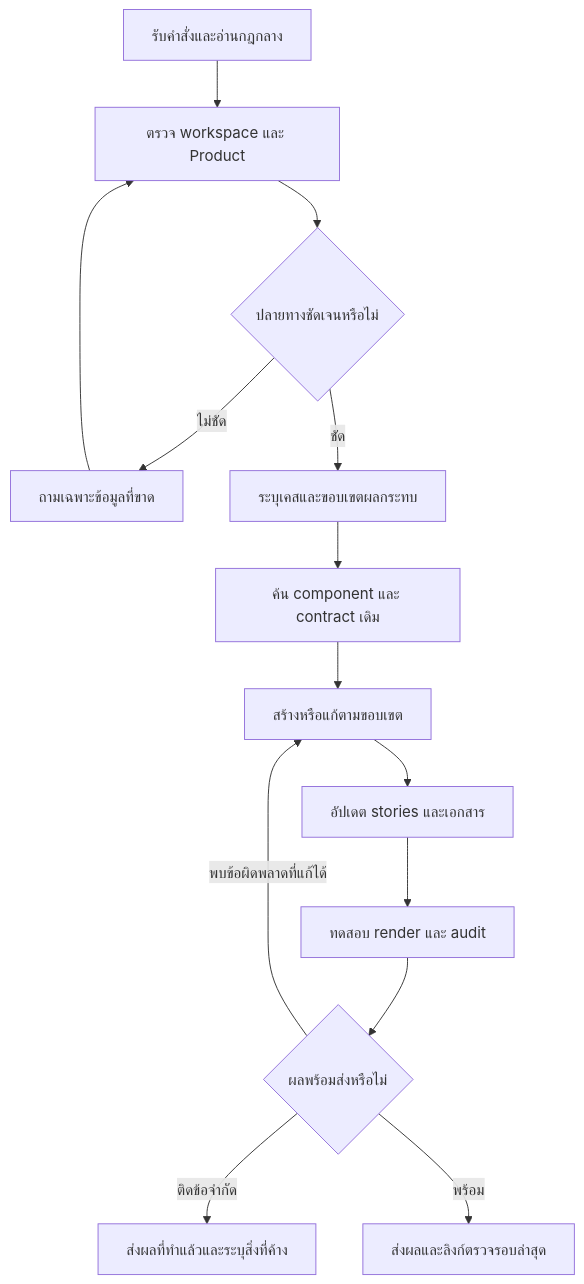
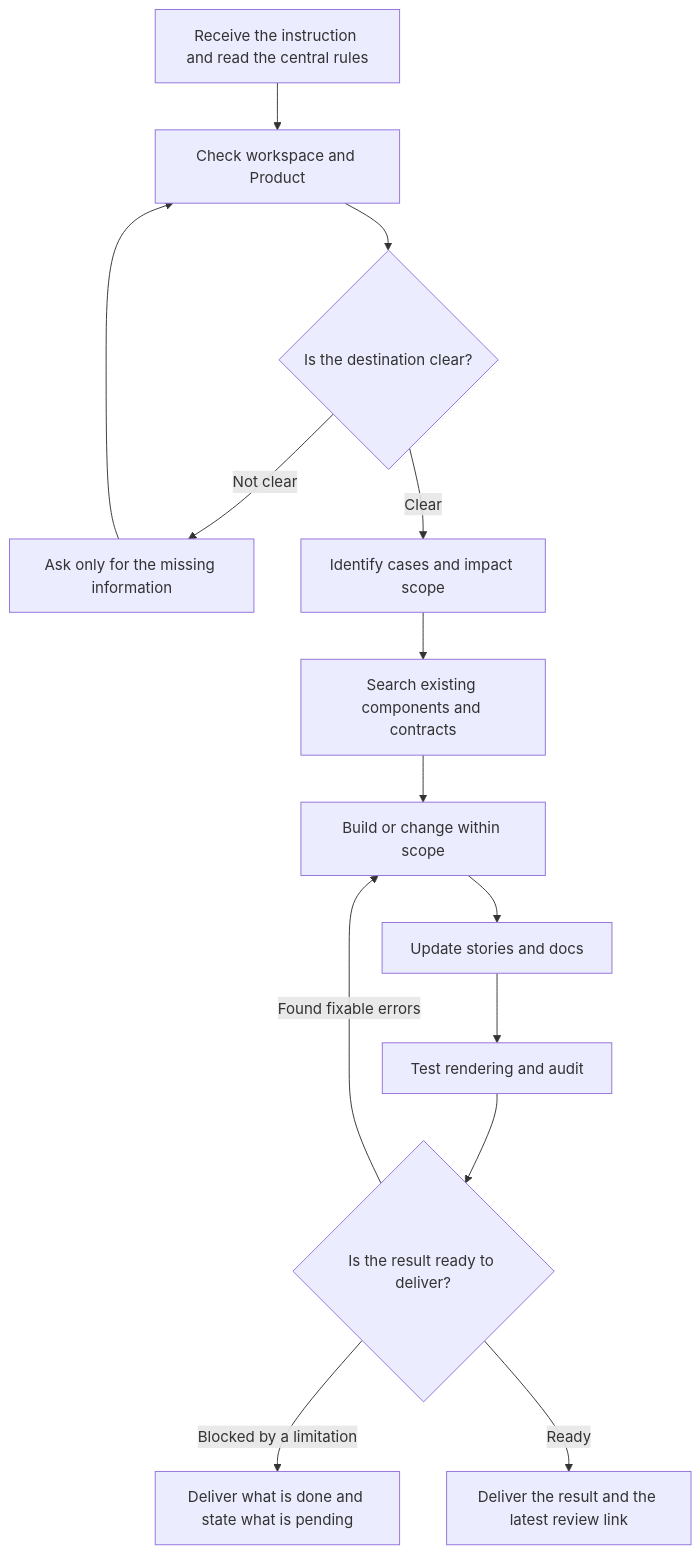
One commit to PraewNAT/cariva-design-workspace changed the first of 3 diagrams in design-system/rules/ui-workflow.md. Above: the diagram before and after it, drawn with Mermaid. The commit also changed other lines of this file and 190 other files, not shown here.

````diff
--- a/design-system/rules/ui-workflow.md
+++ b/design-system/rules/ui-workflow.md
@@ -117,16 +117,16 @@
 ```mermaid
 flowchart TD
-  Start["รับคำสั่งและอ่านกฎกลาง"] --> Context["ตรวจ workspace และ Product"]
-  Context --> Known{"ปลายทางชัดเจนหรือไม่"}
-  Known -->|ไม่ชัด| Ask["ถามเฉพาะข้อมูลที่ขาด"]
+  Start["Receive the instruction and read the central rules"] --> Context["Check workspace and Product"]
+  Context --> Known{"Is the destination clear?"}
+  Known -->|Not clear| Ask["Ask only for the missing information"]
   Ask --> Context
-  Known -->|ชัด| Scope["ระบุเคสและขอบเขตผลกระทบ"]
-  Scope --> Reuse["ค้น component และ contract เดิม"]
-  Reuse --> Work["สร้างหรือแก้ตามขอบเขต"]
-  Work --> Docs["อัปเดต stories และเอกสาร"]
-  Docs --> Check["ทดสอบ render และ audit"]
-  Check --> Good{"ผลพร้อมส่งหรือไม่"}
-  Good -->|พบข้อผิดพลาดที่แก้ได้| Work
-  Good -->|ติดข้อจำกัด| Pending["ส่งผลที่ทำแล้วและระบุสิ่งที่ค้าง"]
-  Good -->|พร้อม| Done["ส่งผลและลิงก์ตรวจรอบล่าสุด"]
+  Known -->|Clear| Scope["Identify cases and impact scope"]
+  Scope --> Reuse["Search existing components and contracts"]
+  Reuse --> Work["Build or change within scope"]
+  Work --> Docs["Update stories and docs"]
+  Docs --> Check["Test rendering and audit"]
+  Check --> Good{"Is the result ready to deliver?"}
+  Good -->|Found fixable errors| Work
+  Good -->|Blocked by a limitation| Pending["Deliver what is done and state what is pending"]
+  Good -->|Ready| Done["Deliver the result and the latest review link"]
 ```
````
